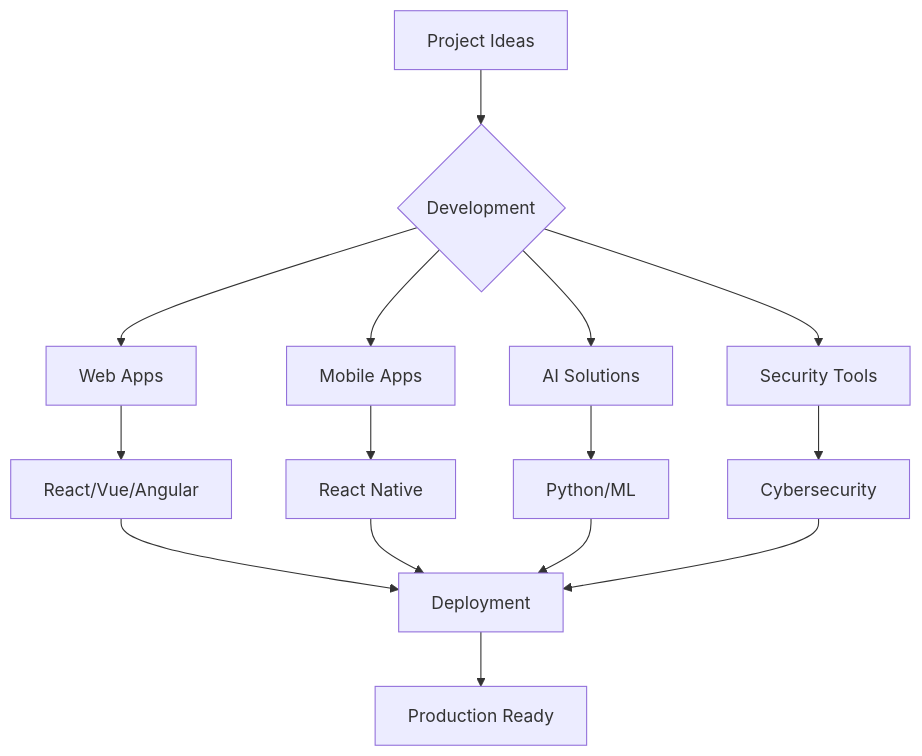
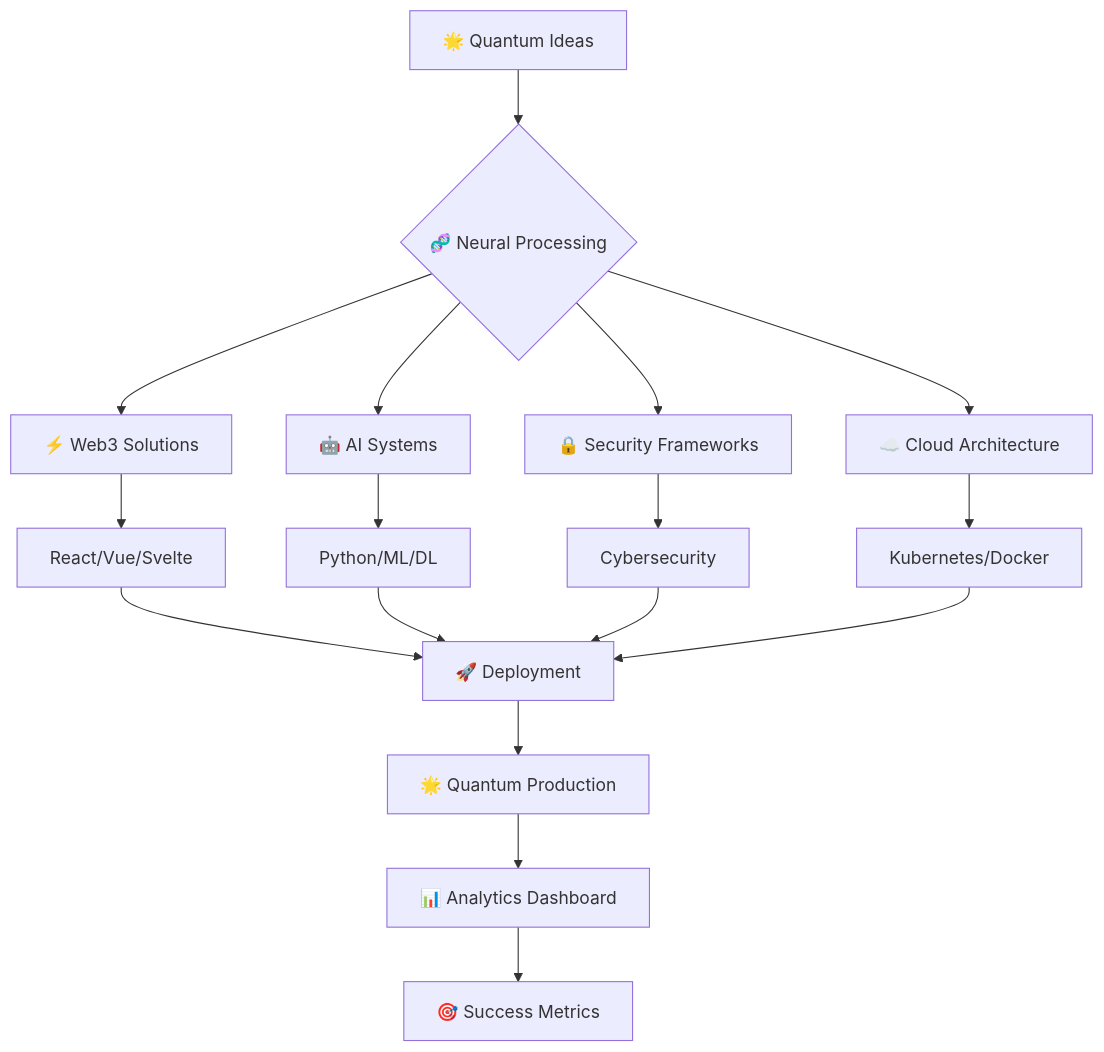
Before and after one commit to devv-codes/devv-codes: the diagram in README.md, drawn with Mermaid. The commit also changed other lines of this file, not shown here.

````diff
--- a/README.md
+++ b/README.md
@@ -164,20 +196,22 @@
 ```mermaid
 graph TD
-    A[Project Ideas] --> B{Development}
-    B --> C[Web Apps]
-    B --> D[Mobile Apps]
-    B --> E[AI Solutions]
-    B --> F[Security Tools]
+    A[🌟 Quantum Ideas] --> B{🧬 Neural Processing}
+    B --> C[⚡ Web3 Solutions]
+    B --> D[🤖 AI Systems]
+    B --> E[🔒 Security Frameworks]
+    B --> F[☁️ Cloud Architecture]
     
-    C --> G[React/Vue/Angular]
-    D --> H[React Native]
-    E --> I[Python/ML]
-    F --> J[Cybersecurity]
+    C --> G[React/Vue/Svelte]
+    D --> H[Python/ML/DL]
+    E --> I[Cybersecurity]
+    F --> J[Kubernetes/Docker]
     
-    G --> K[Deployment]
+    G --> K[🚀 Deployment]
     H --> K
     I --> K
     J --> K
     
-    K --> L[Production Ready]
+    K --> L[🌟 Quantum Production]
+    L --> M[📊 Analytics Dashboard]
+    M --> N[🎯 Success Metrics]
 ```
````
